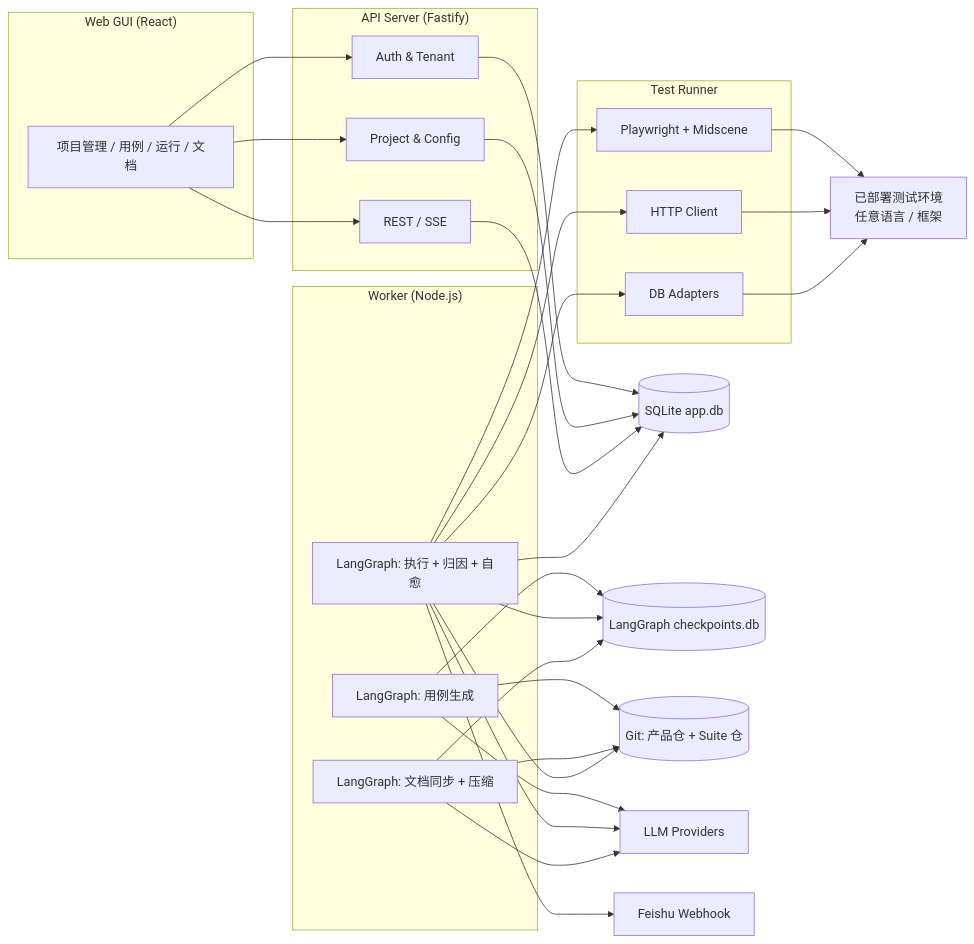
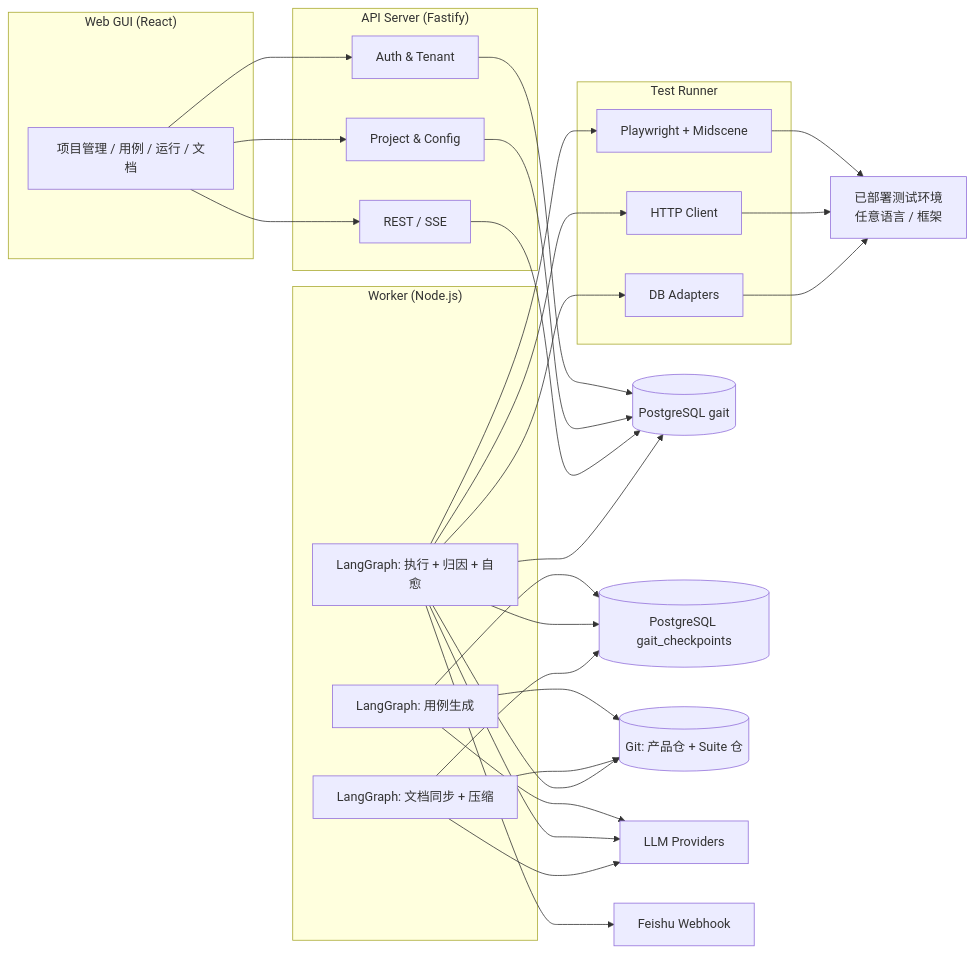
Before and after one commit to kilimm/git-ai-test-flow: the diagram in README.md, drawn with Mermaid. The commit also changed other lines of this file and 218 other files, not shown here.

First line of the commit message:
feat(db): 元数据库迁移到 PostgreSQL [M11-S1]

````diff
--- a/README.md
+++ b/README.md
@@ -24,38 +24,38 @@
 ```mermaid
 flowchart LR
   subgraph UI["Web GUI (React)"]
     A[项目管理 / 用例 / 运行 / 文档]
   end
   subgraph API["API Server (Fastify)"]
     B[Auth & Tenant]
     C[Project & Config]
     D[REST / SSE]
   end
   subgraph Worker["Worker (Node.js)"]
     E[LangGraph: 用例生成]
     F[LangGraph: 执行 + 归因 + 自愈]
     G[LangGraph: 文档同步 + 压缩]
   end
   subgraph Runner["Test Runner"]
     H[Playwright + Midscene]
     I[HTTP Client]
     J[DB Adapters]
   end
   TARGET[已部署测试环境<br/>任意语言 / 框架]
-  DB[(SQLite app.db)]
-  CP[(LangGraph checkpoints.db)]
+  DB[(PostgreSQL gait)]
+  CP[(PostgreSQL gait_checkpoints)]
   GIT[(Git: 产品仓 + Suite 仓)]
   LLM[LLM Providers]
   FS[Feishu Webhook]
 
   A --> B & C & D
   B & C & D --> DB
   E & F & G --> CP
   E & F & G --> LLM
   F --> H & I & J
   E & G --> GIT
   F --> GIT
   F --> DB
   F --> FS
   H & I & J --> TARGET
 ```
````
